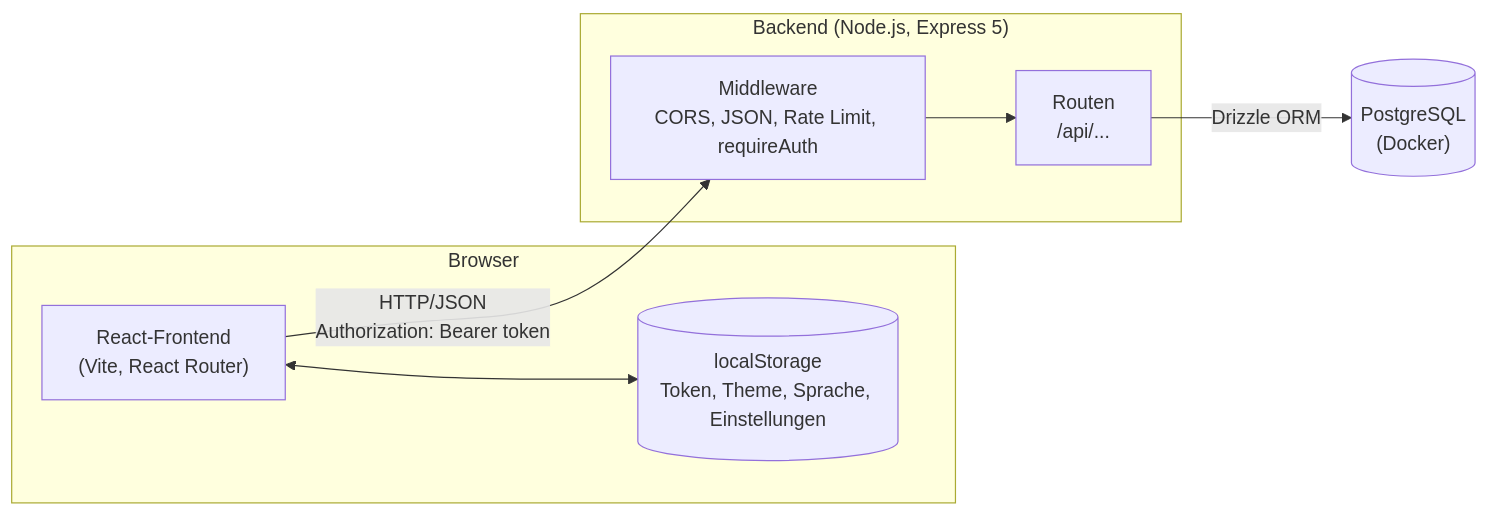
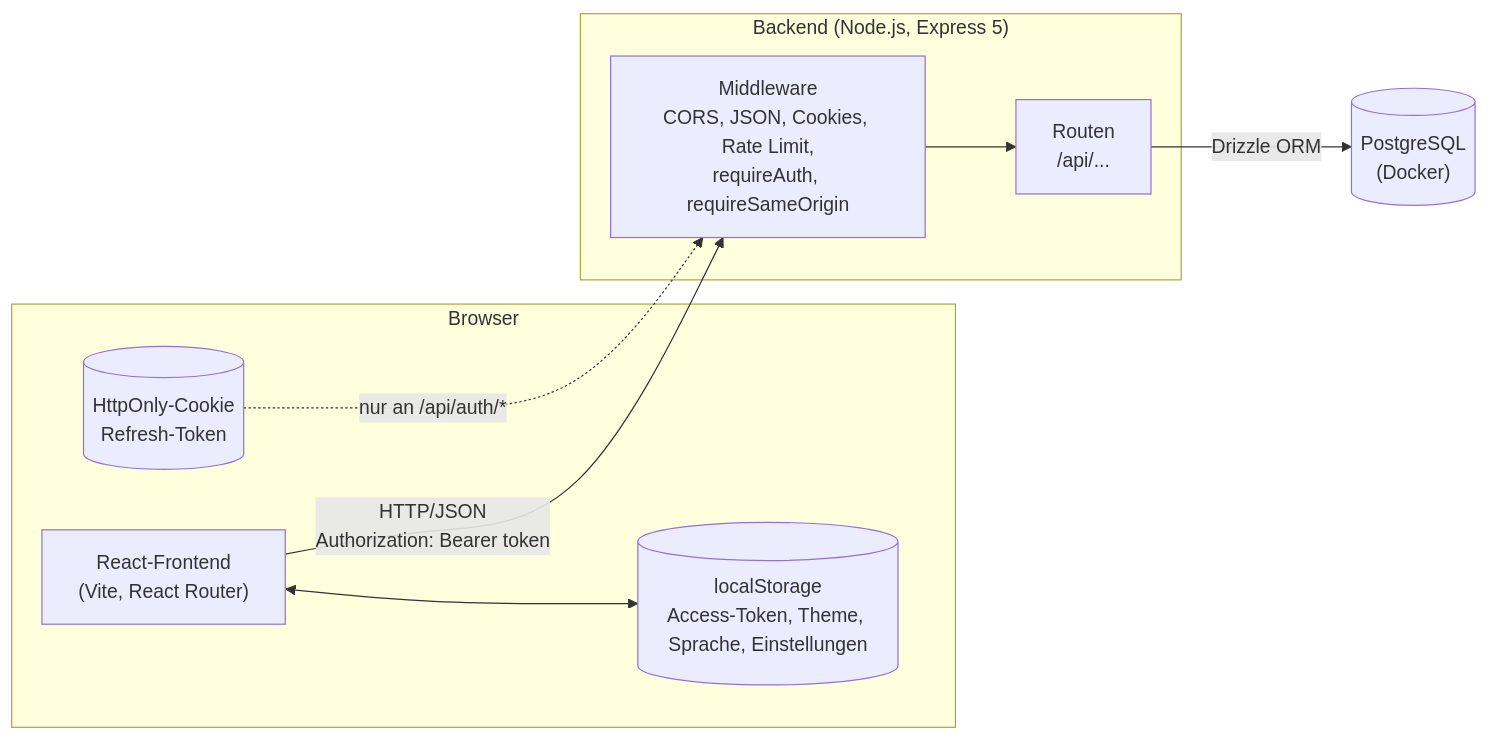
One commit to PhilipWie/flashcards-app changed the diagram in docs/technical_docu/README.md. Above: the diagram before and after it, drawn with Mermaid. The commit also changed other lines of this file and 5 other files, not shown here.

First line of the commit message:
docs: refresh tokens, cookie routes and CSRF protection

````diff
--- a/docs/technical_docu/README.md
+++ b/docs/technical_docu/README.md
@@ -20,19 +20,21 @@
 ```mermaid
 flowchart LR
     subgraph Browser
         UI["React-Frontend<br/>(Vite, React Router)"]
-        LS[("localStorage<br/>Token, Theme, Sprache, Einstellungen")]
+        LS[("localStorage<br/>Access-Token, Theme, Sprache, Einstellungen")]
+        CK[("HttpOnly-Cookie<br/>Refresh-Token")]
     end
 
     subgraph Server["Backend (Node.js, Express 5)"]
-        MW["Middleware<br/>CORS, JSON, Rate Limit, requireAuth"]
+        MW["Middleware<br/>CORS, JSON, Cookies, Rate Limit,<br/>requireAuth, requireSameOrigin"]
         R["Routen<br/>/api/..."]
     end
 
     DB[("PostgreSQL<br/>(Docker)")]
 
     UI -- "HTTP/JSON<br/>Authorization: Bearer token" --> MW
     MW --> R
     R -- "Drizzle ORM" --> DB
     UI <--> LS
+    CK -. "nur an /api/auth/*" .-> MW
 ```
````
